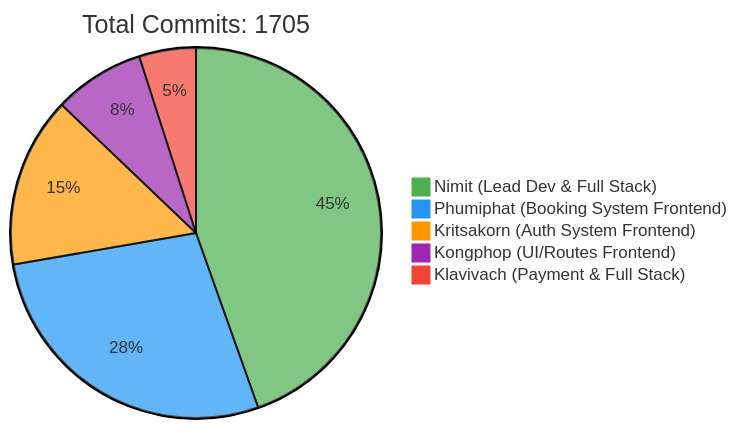
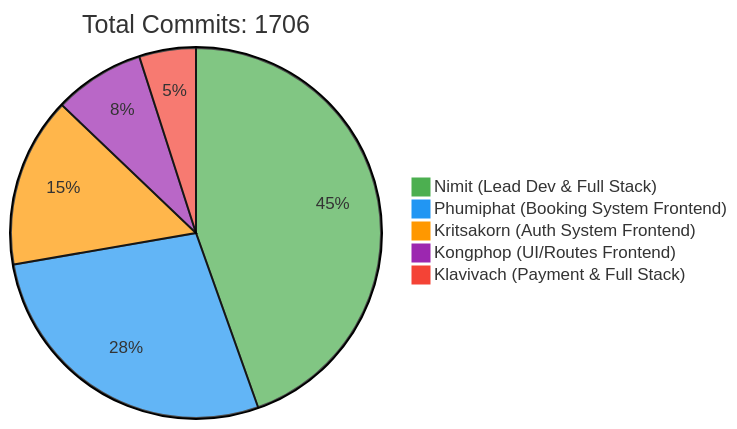
One commit to 6531503042/Sport-Complex changed the first of 2 diagrams in README.md. Above: the diagram before and after it, drawn with Mermaid. The commit also changed other lines of this file, not shown here.

Commit message:
docs: Update contributor statistics [skip ci]

````diff
--- a/README.md
+++ b/README.md
@@ -257,10 +257,10 @@
 ```mermaid
 %%{init: {'theme': 'base', 'themeVariables': { 'pie1': '#4CAF50', 'pie2': '#2196F3', 'pie3': '#FF9800', 'pie4': '#9C27B0', 'pie5': '#F44336'}}}%%
 pie
-    title Total Commits: 1705
+    title Total Commits: 1706
     "Nimit (Lead Dev & Full Stack)" : 450
     "Phumiphat (Booking System Frontend)" : 280
     "Kritsakorn (Auth System Frontend)" : 150
     "Kongphop (UI/Routes Frontend)" : 80
     "Klavivach (Payment & Full Stack)" : 50
 ```
````
